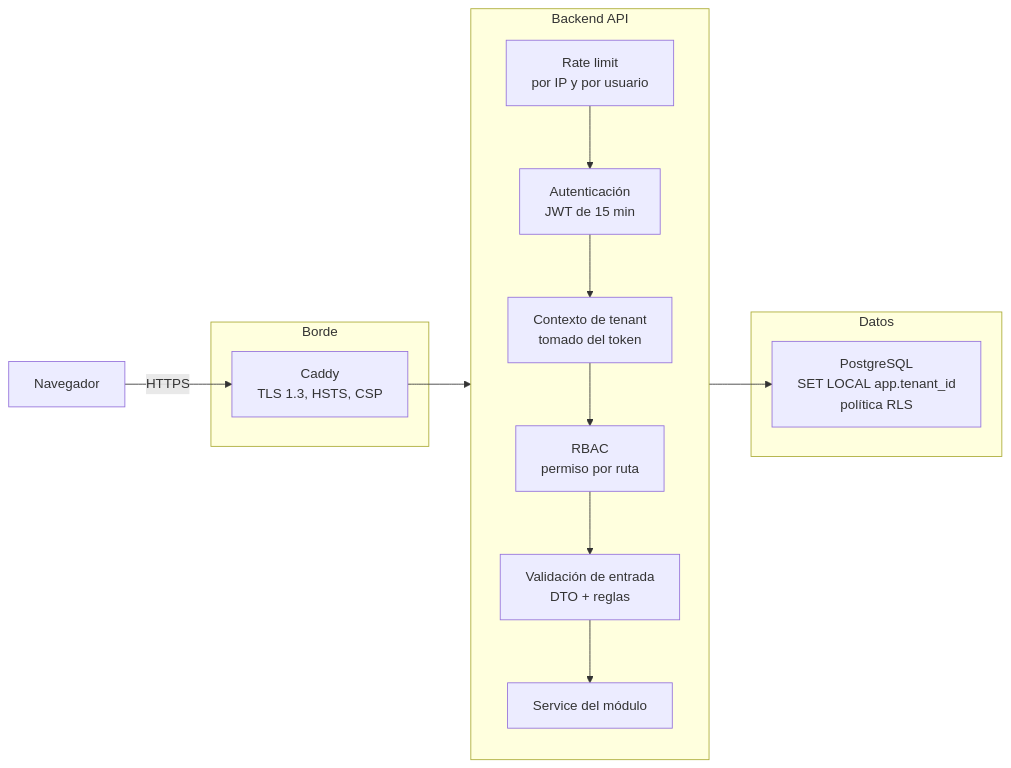
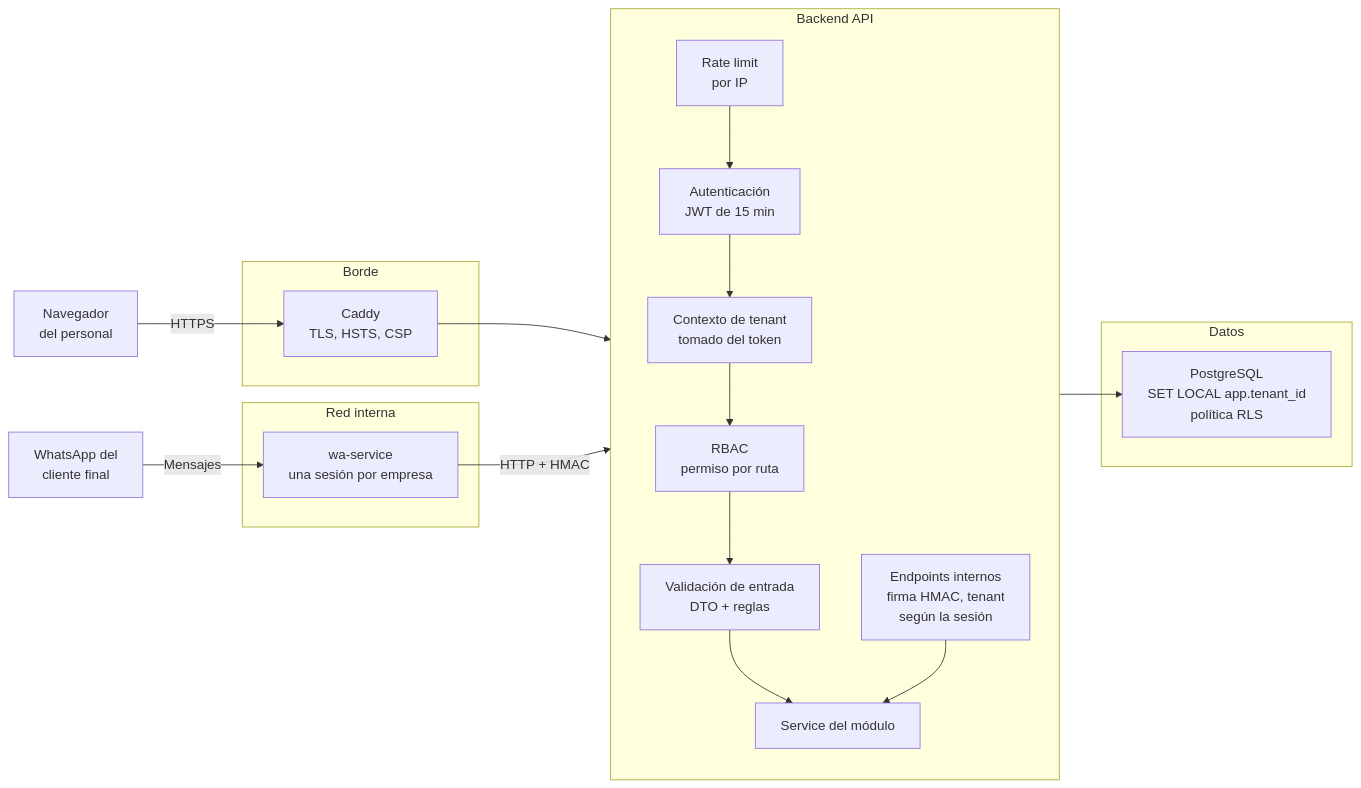
Before and after one commit to GerardoGM14/app-tesis-chatbot: the diagram in docs/01-arquitectura/seguridad/seguridad-capas.md, drawn with Mermaid. The commit also changed other lines of this file and 20 other files, not shown here.

Commit message:
docs: arquitectura y seguridad con el cliente final fuera de la plataforma

````diff
--- a/docs/01-arquitectura/seguridad/seguridad-capas.md
+++ b/docs/01-arquitectura/seguridad/seguridad-capas.md
@@ -5,22 +5,29 @@
 ```mermaid
 flowchart LR
-  U["Navegador"] -->|HTTPS| C
+  U["Navegador<br/>del personal"] -->|HTTPS| C
+  CF["WhatsApp del<br/>cliente final"] -->|Mensajes| WA
   subgraph EDGE["Borde"]
-    C["Caddy<br/>TLS 1.3, HSTS, CSP"]
+    C["Caddy<br/>TLS, HSTS, CSP"]
+  end
+  subgraph GW["Red interna"]
+    WA["wa-service<br/>una sesión por empresa"]
   end
   subgraph API["Backend API"]
     direction TB
-    M1["Rate limit<br/>por IP y por usuario"]
+    M1["Rate limit<br/>por IP"]
     M2["Autenticación<br/>JWT de 15 min"]
     M3["Contexto de tenant<br/>tomado del token"]
     M4["RBAC<br/>permiso por ruta"]
     M5["Validación de entrada<br/>DTO + reglas"]
     M6["Service del módulo"]
+    H["Endpoints internos<br/>firma HMAC, tenant<br/>según la sesión"]
     M1 --> M2 --> M3 --> M4 --> M5 --> M6
+    H --> M6
   end
   subgraph DATA["Datos"]
     D["PostgreSQL<br/>SET LOCAL app.tenant_id<br/>política RLS"]
   end
   C --> M1
+  WA -->|HTTP + HMAC| H
   M6 --> D
 ```
````
